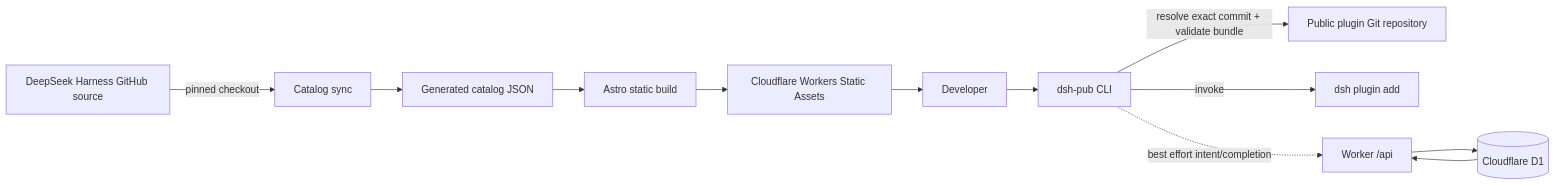
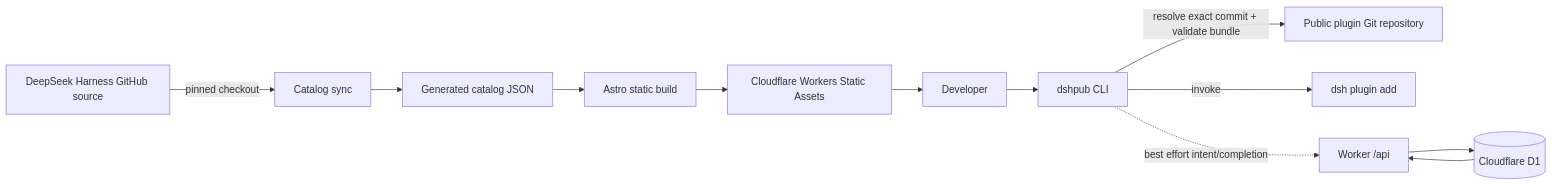
Before and after one commit to dsh-pub/dsh-pub: the first of 2 diagrams in docs/architecture.md, drawn with Mermaid. The commit also changed other lines of this file and 62 other files, not shown here.

Commit message:
feat: complete dsh.pub registry launch

````diff
--- a/docs/architecture.md
+++ b/docs/architecture.md
@@ -5,14 +5,14 @@
 ```mermaid
 flowchart LR
     H[DeepSeek Harness GitHub source] -->|pinned checkout| S[Catalog sync]
     S --> J[Generated catalog JSON]
     J --> A[Astro static build]
     A --> W[Cloudflare Workers Static Assets]
-    U[Developer] --> C[dsh-pub CLI]
+    U[Developer] --> C[dshpub CLI]
     C -->|resolve exact commit + validate bundle| G[Public plugin Git repository]
     C -->|invoke| D[dsh plugin add]
     C -. best effort intent/completion .-> API[Worker /api]
     API --> DB[(Cloudflare D1)]
     W --> U
     DB --> API
 ```
````
